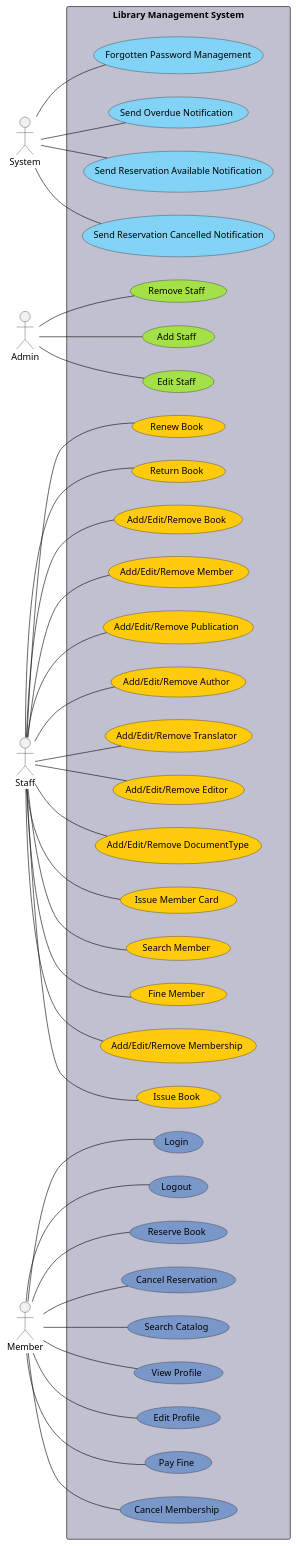
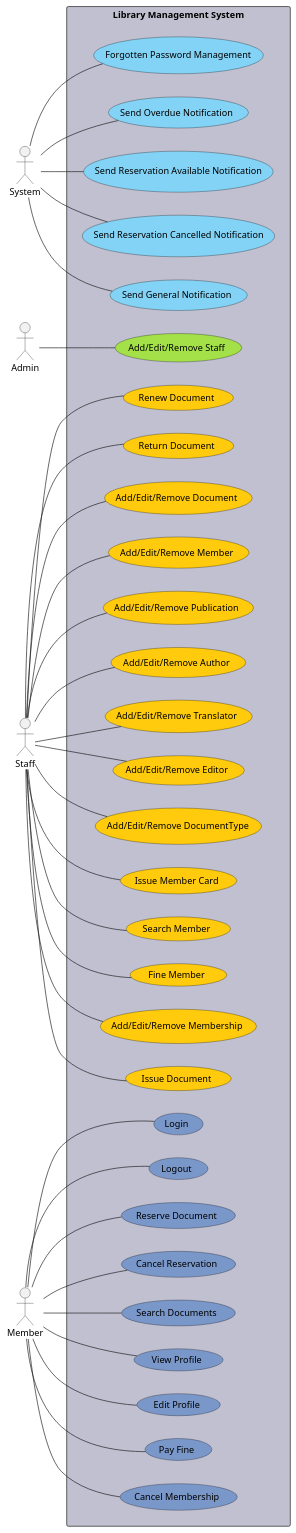
The diagram in diagrams/usecase.puml (Pedram-Parsian/Library-Management-System), drawn with PlantUML before and after one commit. The commit also changed 1 other file, not shown here.

Commit message:
add more usecases to the diagram; also change book to document

```diff
--- a/diagrams/usecase.puml
+++ b/diagrams/usecase.puml
@@ -1,98 +1,96 @@
 @startuml
 
 skinparam packageStyle rectangle
 
 ' ======= the actors =========
 
 actor System as SS
 actor Admin as A
 actor Staff as S
 actor Member as M
 
 
 rectangle "Library Management System" #C0C0D1 {
     left to right direction
 
 ' ====== the use cases =========
 
 together {
     (Forgotten Password Management) as (Forgotten Password Management) #83d3f6
     (Send Overdue Notification) as (Send Overdue Notification) #83d3f6
     (Send Reservation Available Notification) as (Send Reservation Available Notification) #83d3f6
     (Send Reservation Cancelled Notification) as (Send Reservation Cancelled Notification) #83d3f6
+    (Send General Notification) as (Send General Notification) #83d3f6
 }
 
 together {
     (Login) as (Login) #7a97ca
     (Logout) as (Logout) #7a97ca
-    (Reserve Book) as (Reserve Book) #7a97ca
+    (Reserve Document) as (Reserve Document) #7a97ca
     (Cancel Reservation) as (Cancel Reservation) #7a97ca
-    (Search Catalog) as (Search Catalog) #7a97ca
+    (Search Documents) as (Search Documents) #7a97ca
     (View Profile) as (View Profile) #7a97ca
     (Edit Profile) as (Edit Profile) #7a97ca
     (Pay Fine) as (Pay Fine) #7a97ca
     (Cancel Membership) as (Cancel Membership) #7a97ca
 }
 
 
-    (Add/Edit/Remove Book) as (Add/Edit/Remove Book) #ffcb0c
+    (Add/Edit/Remove Document) as (Add/Edit/Remove Document) #ffcb0c
     (Add/Edit/Remove Member) as (Add/Edit/Remove Member) #ffcb0c
     (Add/Edit/Remove Publication) as (Add/Edit/Remove Publication) #ffcb0c
     (Add/Edit/Remove Author) as (Add/Edit/Remove Author) #ffcb0c
     (Add/Edit/Remove Translator) as (Add/Edit/Remove Translator) #ffcb0c
     (Add/Edit/Remove Editor) as (Add/Edit/Remove Editor) #ffcb0c
     (Add/Edit/Remove DocumentType) as (Add/Edit/Remove DocumentType) #ffcb0c
     (Issue Member Card) as (Issue Member Card) #ffcb0c
     (Search Member) as (Search Member) #ffcb0c
     (Fine Member) as (Fine Member) #ffcb0c
     (Add/Edit/Remove Membership) as (Add/Edit/Remove Membership) #ffcb0c
-    (Issue Book) as (Issue Book) #ffcb0c
-    (Renew Book) as (Renew Book) #ffcb0c
-    (Return Book) as (Return Book) #ffcb0c
+    (Issue Document) as (Issue Document) #ffcb0c
+    (Renew Document) as (Renew Document) #ffcb0c
+    (Return Document) as (Return Document) #ffcb0c
 
 
-    (Add Staff) as (Add Staff) #a4e148
-    (Edit Staff) as (Edit Staff) #a4e148
-    (Remove Staff) as (Remove Staff) #a4e148
+    (Add/Edit/Remove Staff) as (Add/Edit/Remove Staff) #a4e148
 
 
 ' ====== the use case links =========
 
     SS -- (Forgotten Password Management)
     SS -- (Send Overdue Notification)
     SS -- (Send Reservation Available Notification)
     SS -- (Send Reservation Cancelled Notification)
+    SS -- (Send General Notification)
 
-    A -- (Add Staff)
-    A -- (Edit Staff)
-    A -- (Remove Staff)
+    A -- (Add/Edit/Remove Staff)
 
-    S -- (Add/Edit/Remove Book)
+    S -- (Add/Edit/Remove Document)
     S -- (Add/Edit/Remove Member)
     S -- (Issue Member Card)
     S -- (Search Member)
     S -- (Fine Member)
     S -- (Add/Edit/Remove Membership)
     S -- (Add/Edit/Remove Publication)
     S -- (Add/Edit/Remove Author)
     S -- (Add/Edit/Remove Translator)
     S -- (Add/Edit/Remove Editor)
     S -- (Add/Edit/Remove DocumentType)
-    S -- (Issue Book)
-    S -- (Renew Book)
-    S -- (Return Book)
+    S -- (Issue Document)
+    S -- (Renew Document)
+    S -- (Return Document)
 
 
     M -- (Login)
     M -- (Logout)
-    M -- (Reserve Book)
+    M -- (Reserve Document)
     M -- (Cancel Reservation)
-    M -- (Search Catalog)
+    M -- (Search Documents)
     M -- (View Profile)
     M -- (Edit Profile)
     M -- (Pay Fine)
     M -- (Cancel Membership)
 
 }
 
 @enduml
```
